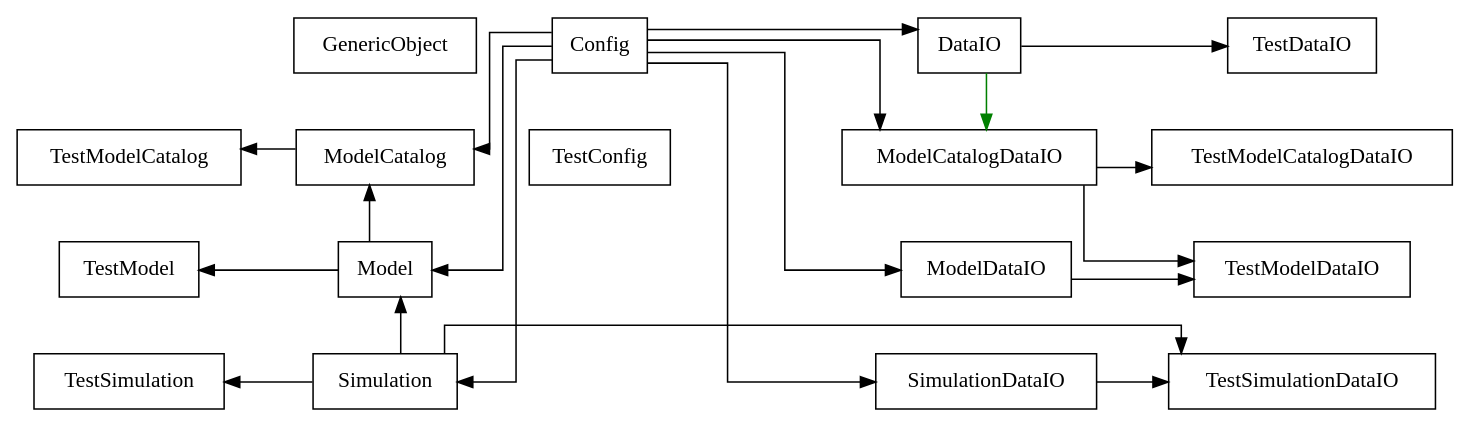
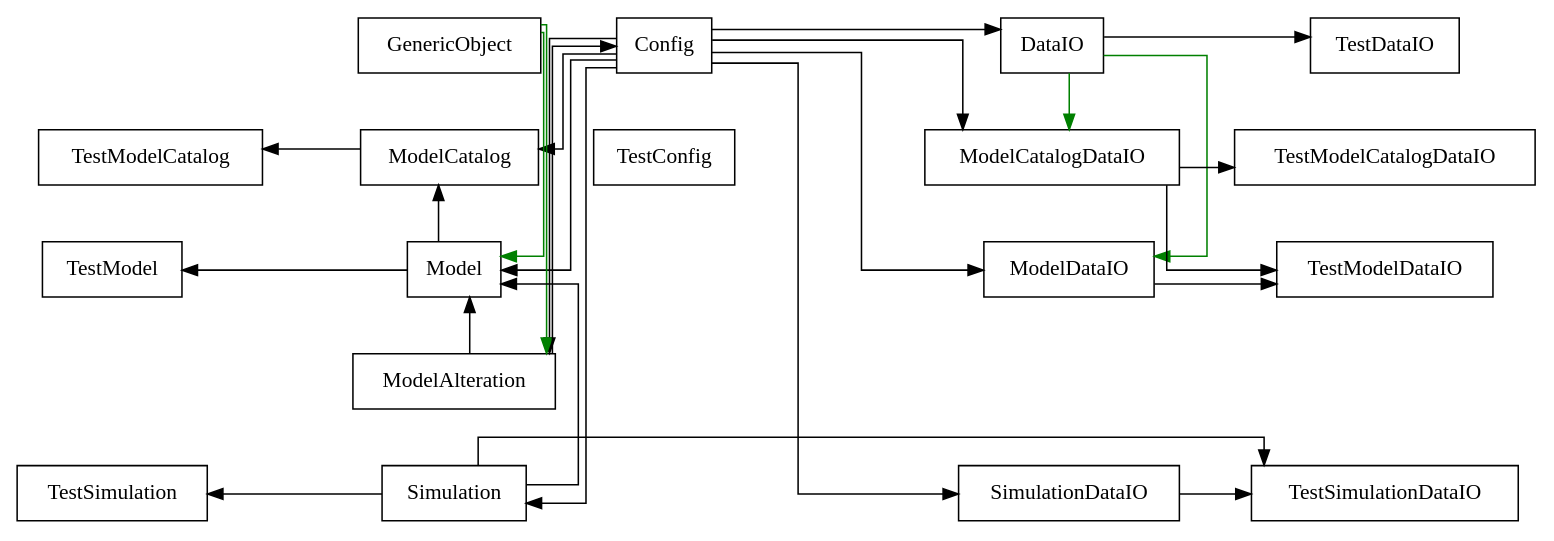
Before and after one commit to PDXBES/ModelCatalog: the diagram in docs/Class_Diagram_Tool/names_only_finalModel_Catalog.dot, drawn with Graphviz. The commit also changed 16 other files, not shown here.

Commit message:
added diagram stuff, fixed some failing tests

```diff
--- a/docs/Class_Diagram_Tool/names_only_finalModel_Catalog.dot
+++ b/docs/Class_Diagram_Tool/names_only_finalModel_Catalog.dot
@@ -1,54 +1,65 @@
 digraph "classes" {
 charset="utf-8"
 nodesep=0.5;
 rankdir="TB";
 edge [ constraint=False ];
 splines="ortho";
 "Config"[label= "Config" , shape="record"];
 "DataIO"[label= "DataIO" , shape="record"];
 "GenericObject"[label= "GenericObject" , shape="record"];
 "Model"[label= "Model" , shape="record"];
+"ModelAlteration"[label= "ModelAlteration" , shape="record"];
 "ModelCatalog"[label= "ModelCatalog" , shape="record"];
 "ModelCatalogDataIO"[label= "ModelCatalogDataIO" , shape="record"];
 "ModelDataIO"[label= "ModelDataIO" , shape="record"];
 "Simulation"[label= "Simulation" , shape="record"];
 "SimulationDataIO"[label= "SimulationDataIO" , shape="record"];
 "TestConfig"[label= "TestConfig" , shape="record"];
 "TestDataIO"[label= "TestDataIO" , shape="record"];
 "TestModel"[label= "TestModel" , shape="record"];
 "TestModelCatalog"[label= "TestModelCatalog" , shape="record"];
 "TestModelCatalogDataIO"[label= "TestModelCatalogDataIO" , shape="record"];
 "TestModelDataIO"[label= "TestModelDataIO" , shape="record"];
 "TestSimulation"[label= "TestSimulation" , shape="record"];
 "TestSimulationDataIO"[label= "TestSimulationDataIO" , shape="record"];
 
 "_d0" [label="_d0", shape="record" style=invis];
+"_d2" [label="_d2", shape="record" style=invis];
 "_d1" [label="_d1", shape="record" style=invis];
-"_d2" [label="_d2", shape="record" style=invis];
+"_d3" [label="_d3", shape="record" style=invis];
+"_d6" [label="_d6", shape="record" style=invis];
+"_d4" [label="_d4", shape="record" style=invis];
+"_d5" [label="_d5", shape="record" style=invis];
 
-{rank= tb "_d0"->"TestModelCatalog"->"TestModel"->"TestSimulation" [constraint=true style=invis]};
-{rank= tb "GenericObject"->"ModelCatalog"->"Model"->"Simulation" [constraint=true style=invis]};
-{rank= tb "Config"->"TestConfig"->"_d1"->"_d2" [constraint=true style=invis]};
-{rank= tb "DataIO"->"ModelCatalogDataIO"->"ModelDataIO"->"SimulationDataIO" [constraint=true style=invis]};
-{rank= tb "TestDataIO"->"TestModelCatalogDataIO"->"TestModelDataIO"->"TestSimulationDataIO" [constraint=true style=invis]};
+{rank= tb "_d0"->"TestModelCatalog"->"TestModel"->"_d2"->"TestSimulation" [constraint=true style=invis]};
+{rank= tb "GenericObject"->"ModelCatalog"->"Model"->"ModelAlteration"->"Simulation" [constraint=true style=invis]};
+{rank= tb "Config"->"TestConfig"->"_d1"->"_d3"->"_d6" [constraint=true style=invis]};
+{rank= tb "DataIO"->"ModelCatalogDataIO"->"ModelDataIO"->"_d4"->"SimulationDataIO" [constraint=true style=invis]};
+{rank= tb "TestDataIO"->"TestModelCatalogDataIO"->"TestModelDataIO"->"_d5"->"TestSimulationDataIO" [constraint=true style=invis]};
 {rank= same TestModelCatalog->ModelCatalog->TestConfig->ModelCatalogDataIO->TestModelCatalogDataIO [constraint=True style=invis]};
+"ModelAlteration"->"Config";
 "Config"->"DataIO";
 "DataIO"->"TestDataIO";
 "ModelCatalog"->"TestModelCatalog";
 "Config"->"ModelCatalog";
 "Model"->"ModelCatalog";
 "Config"->"ModelCatalogDataIO";
 "ModelCatalogDataIO"->"TestModelCatalogDataIO";
 "Model"->"TestModel";
 "Config"->"Model";
+"ModelAlteration"->"Model";
 "Simulation"->"Model";
 "Config"->"ModelDataIO";
 "ModelCatalogDataIO"->"TestModelDataIO";
 "ModelDataIO"->"TestModelDataIO";
+"Config"->"ModelAlteration";
 "Simulation"->"TestSimulation";
 "Config"->"Simulation";
 "Config"->"SimulationDataIO";
 "Simulation"->"TestSimulationDataIO";
 "SimulationDataIO"->"TestSimulationDataIO";
 "DataIO"->"ModelCatalogDataIO" [color="green"];
+"GenericObject"->"Model" [color="green"];
+"DataIO"->"ModelDataIO" [color="green"];
+"GenericObject"->"ModelAlteration" [color="green"];
 }
```
